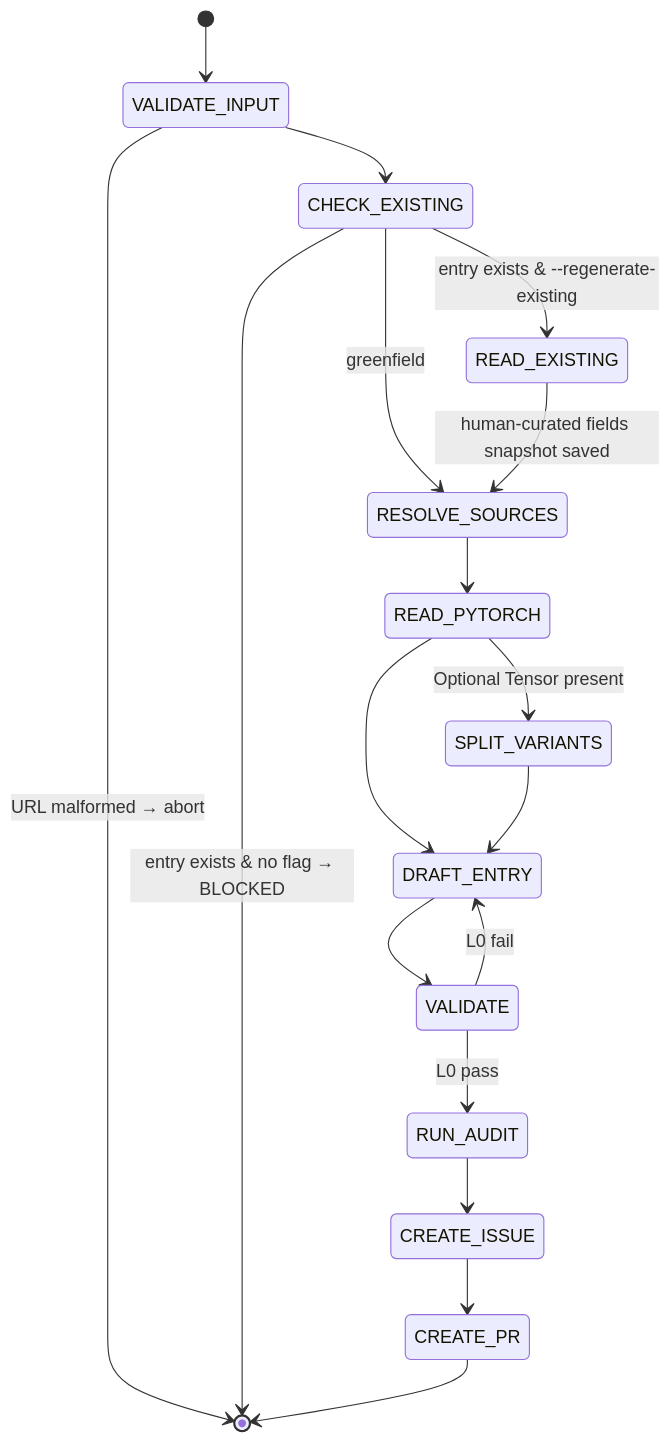
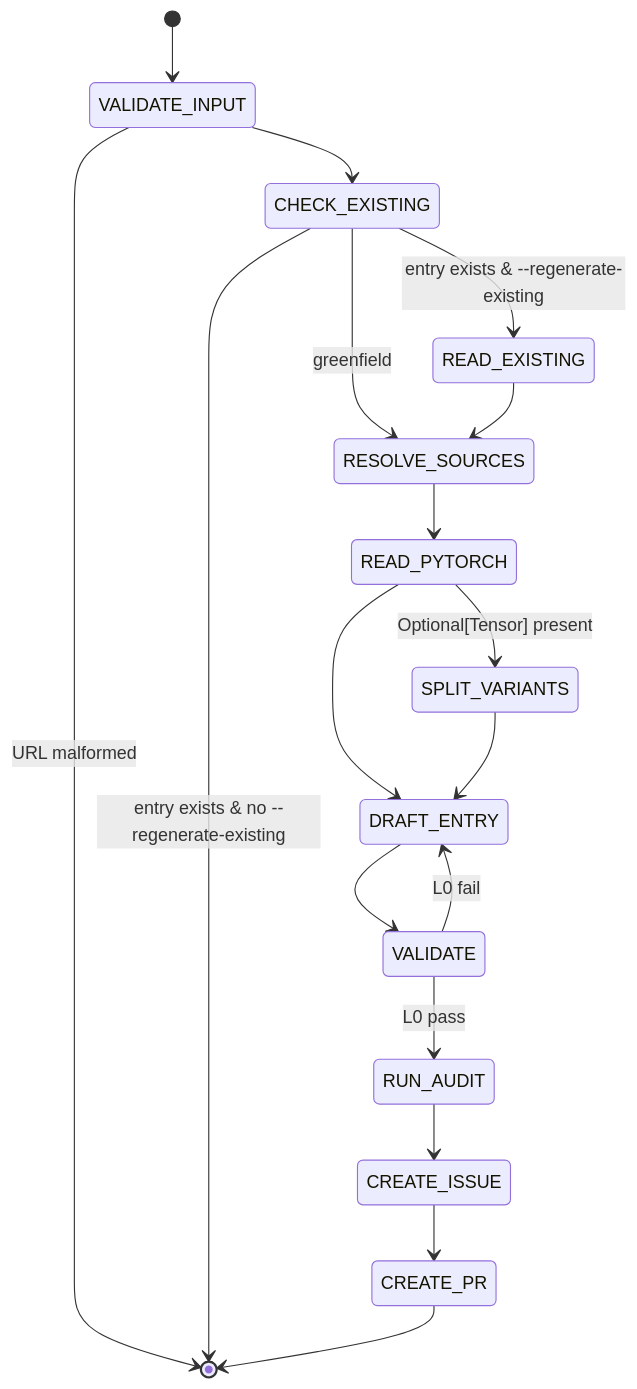
Before and after one commit to tile-ai/TileOPs: the diagram in .claude/skills/add-manifest/SKILL.md, drawn with Mermaid. The commit also changed other lines of this file, not shown here.

````diff
--- a/.claude/skills/add-manifest/SKILL.md
+++ b/.claude/skills/add-manifest/SKILL.md
@@ -48,20 +46,20 @@
 ```mermaid
 stateDiagram-v2
     [*] --> VALIDATE_INPUT
-    VALIDATE_INPUT --> [*]: URL malformed → abort
+    VALIDATE_INPUT --> [*]: URL malformed
     VALIDATE_INPUT --> CHECK_EXISTING
+    CHECK_EXISTING --> [*]: entry exists & no --regenerate-existing
     CHECK_EXISTING --> READ_EXISTING: entry exists & --regenerate-existing
-    CHECK_EXISTING --> [*]: entry exists & no flag → BLOCKED
     CHECK_EXISTING --> RESOLVE_SOURCES: greenfield
-    READ_EXISTING --> RESOLVE_SOURCES: human-curated fields snapshot saved
+    READ_EXISTING --> RESOLVE_SOURCES
     RESOLVE_SOURCES --> READ_PYTORCH
-    READ_PYTORCH --> SPLIT_VARIANTS: Optional Tensor present
+    READ_PYTORCH --> SPLIT_VARIANTS: Optional[Tensor] present
     READ_PYTORCH --> DRAFT_ENTRY
     SPLIT_VARIANTS --> DRAFT_ENTRY
     DRAFT_ENTRY --> VALIDATE
     VALIDATE --> DRAFT_ENTRY: L0 fail
     VALIDATE --> RUN_AUDIT: L0 pass
     RUN_AUDIT --> CREATE_ISSUE
     CREATE_ISSUE --> CREATE_PR
     CREATE_PR --> [*]
 ```
````
